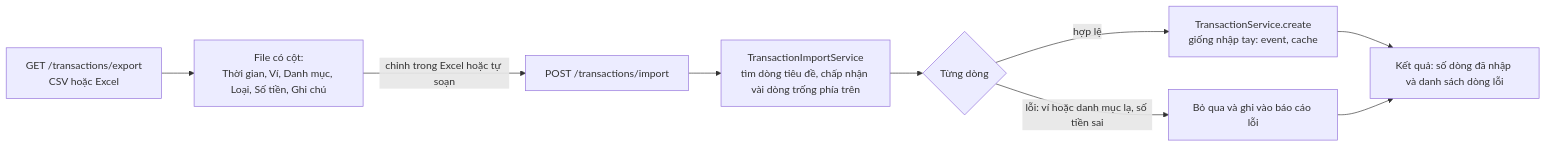
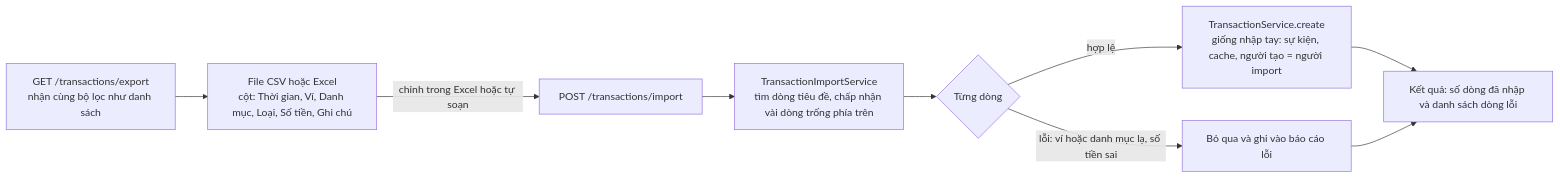
One commit to boyquynhluu/family-expense-manager changed the tenth of 33 diagrams in README.md. Above: the diagram before and after it, drawn with Mermaid. The commit also changed other lines of this file and 1 other file, not shown here.

````diff
--- a/README.md
+++ b/README.md
@@ -447,11 +414,11 @@
 ```mermaid
 flowchart LR
-    EXP["GET /transactions/export<br/>CSV hoặc Excel"] --> FILE["File có cột:<br/>Thời gian, Ví, Danh mục, Loại, Số tiền, Ghi chú"]
+    EXP["GET /transactions/export<br/>nhận cùng bộ lọc như danh sách"] --> FILE["File CSV hoặc Excel<br/>cột: Thời gian, Ví, Danh mục, Loại, Số tiền, Ghi chú"]
     FILE -->|"chỉnh trong Excel hoặc tự soạn"| IMP["POST /transactions/import"]
     IMP --> H["TransactionImportService<br/>tìm dòng tiêu đề, chấp nhận vài dòng trống phía trên"]
     H --> R{"Từng dòng"}
-    R -->|"hợp lệ"| CR["TransactionService.create<br/>giống nhập tay: event, cache"]
+    R -->|"hợp lệ"| CR["TransactionService.create<br/>giống nhập tay: sự kiện, cache, người tạo = người import"]
     R -->|"lỗi: ví hoặc danh mục lạ, số tiền sai"| SK["Bỏ qua và ghi vào báo cáo lỗi"]
     CR --> RES["Kết quả: số dòng đã nhập và danh sách dòng lỗi"]
     SK --> RES
 ```
````
